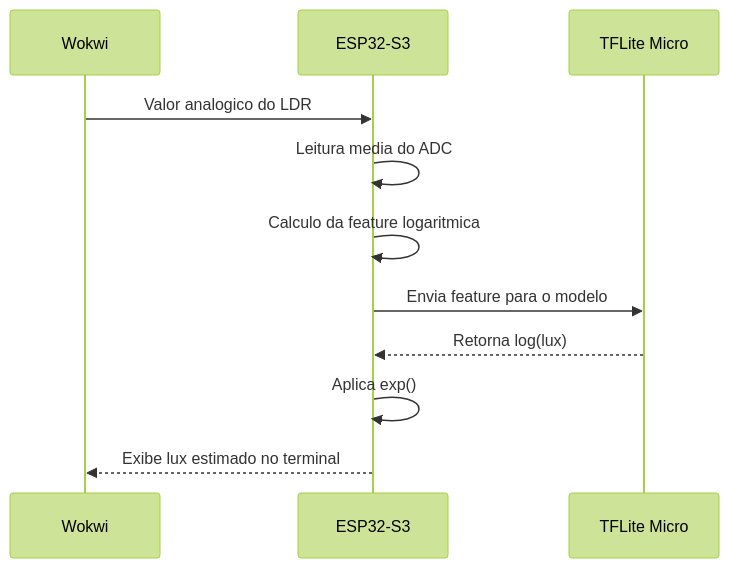
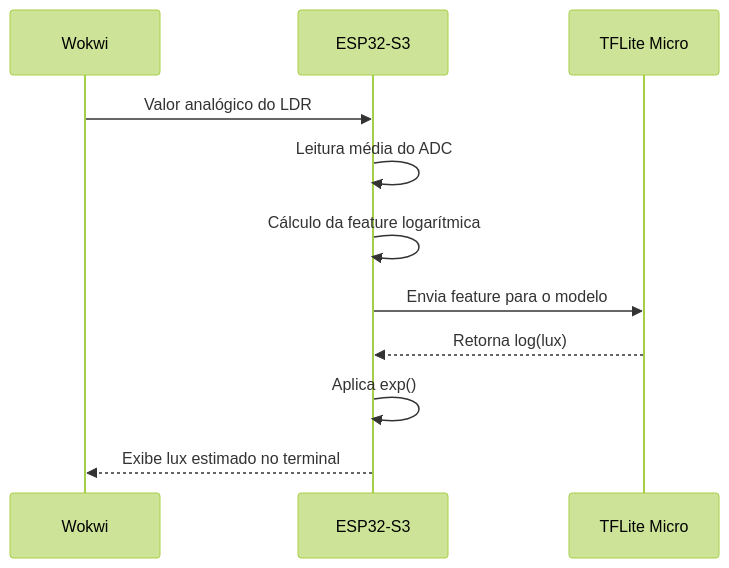
Before and after one commit to gufsousa/projeto-ii-calibracao-de-iluminacao-com-ldr-no-esp32s3: the third of 3 diagrams in README.md, drawn with Mermaid (forest theme). The commit also changed other lines of this file and 4 other files, not shown here.

````diff
--- a/README.md
+++ b/README.md
@@ -88,14 +88,14 @@
 ```mermaid
 sequenceDiagram
     participant W as Wokwi
     participant E as ESP32-S3
     participant M as TFLite Micro
 
-    W->>E: Valor analogico do LDR
-    E->>E: Leitura media do ADC
-    E->>E: Calculo da feature logaritmica
+    W->>E: Valor analógico do LDR
+    E->>E: Leitura média do ADC
+    E->>E: Cálculo da feature logarítmica
     E->>M: Envia feature para o modelo
     M-->>E: Retorna log(lux)
     E->>E: Aplica exp()
     E-->>W: Exibe lux estimado no terminal
 ```
````
